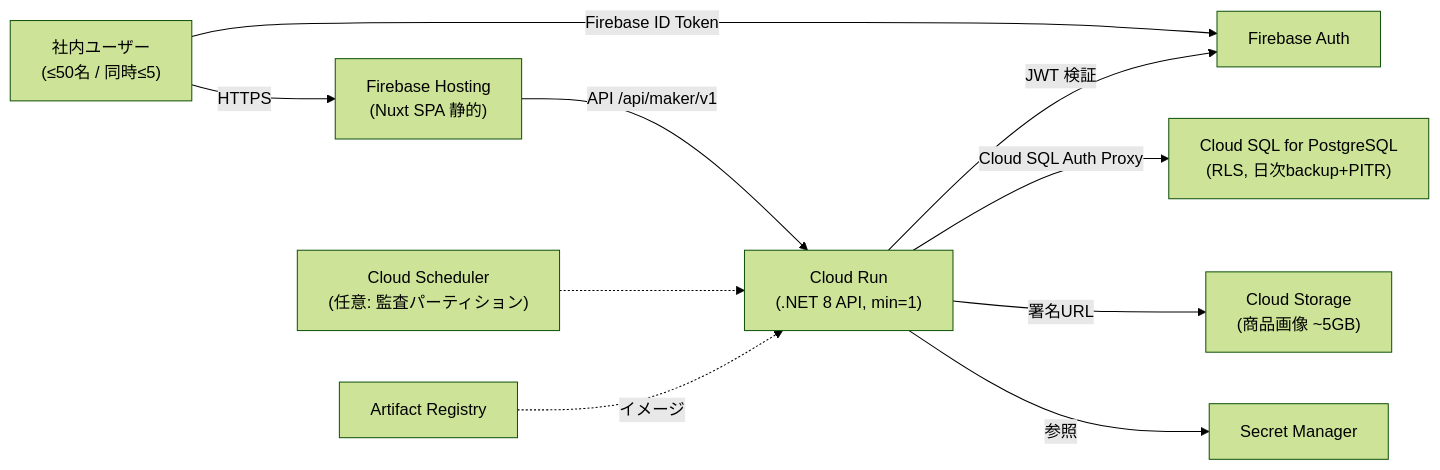
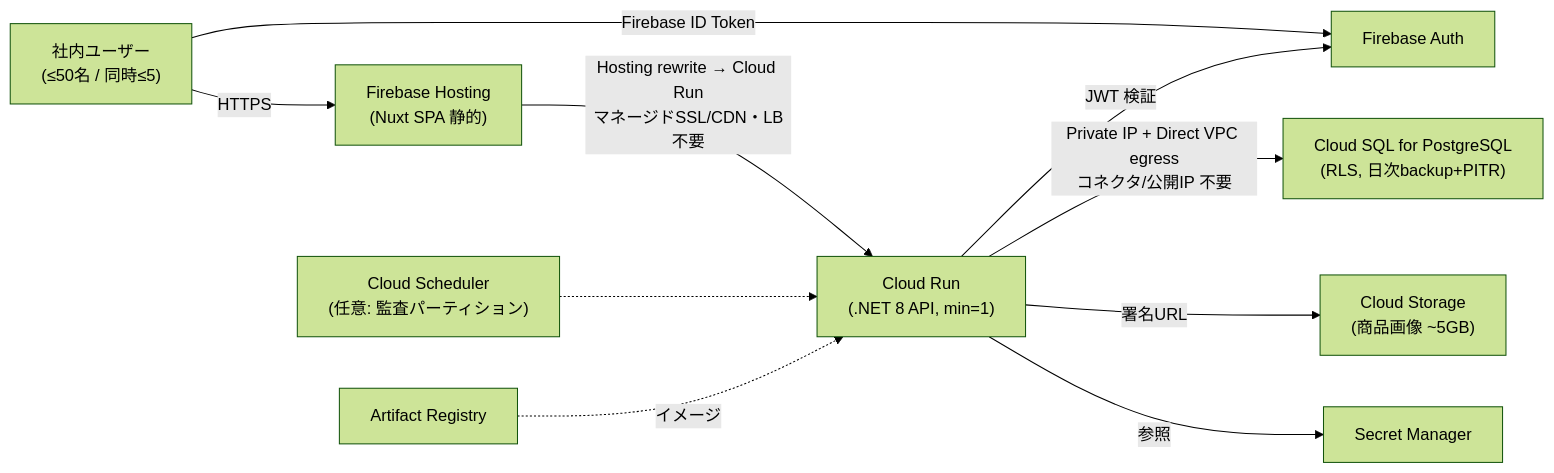
The diagram in docs/cost/firebase-gcp-cost-estimate.md (TSUNAGUBA/akebono-honshu), drawn with Mermaid (forest theme) before and after one commit. The commit also changed other lines of this file, not shown here.

````diff
--- a/docs/cost/firebase-gcp-cost-estimate.md
+++ b/docs/cost/firebase-gcp-cost-estimate.md
@@ -87,12 +90,12 @@
 ```mermaid
 flowchart LR
   U["社内ユーザー<br/>(≤50名 / 同時≤5)"] -->|HTTPS| FH["Firebase Hosting<br/>(Nuxt SPA 静的)"]
   U -->|Firebase ID Token| FA["Firebase Auth"]
-  FH -->|API /api/maker/v1| CR["Cloud Run<br/>(.NET 8 API, min=1)"]
+  FH -->|Hosting rewrite → Cloud Run<br/>マネージドSSL/CDN・LB不要| CR["Cloud Run<br/>(.NET 8 API, min=1)"]
   CR -->|JWT 検証| FA
-  CR -->|Cloud SQL Auth Proxy| SQL["Cloud SQL for PostgreSQL<br/>(RLS, 日次backup+PITR)"]
+  CR -->|Private IP + Direct VPC egress<br/>コネクタ/公開IP 不要| SQL["Cloud SQL for PostgreSQL<br/>(RLS, 日次backup+PITR)"]
   CR -->|署名URL| GCS["Cloud Storage<br/>(商品画像 ~5GB)"]
   CR -->|参照| SM["Secret Manager"]
   SCH["Cloud Scheduler<br/>(任意: 監査パーティション)"] -.-> CR
   AR["Artifact Registry"] -.->|イメージ| CR
 ```
````
